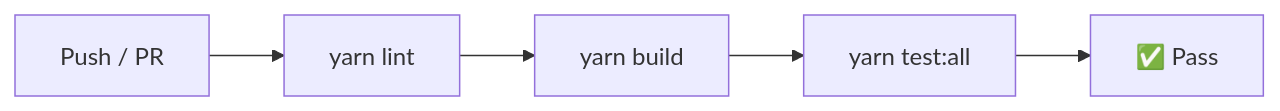
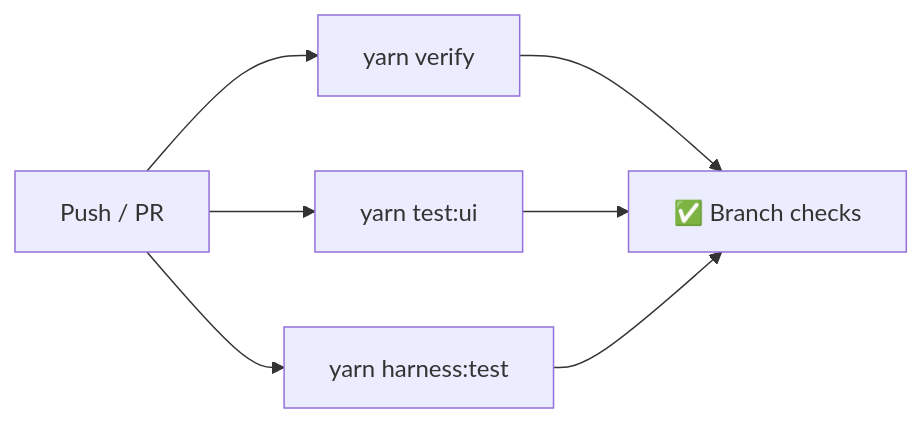
One commit to blendsdk/porta-identity changed the fourth of 5 diagrams in techdocs/architecture/infrastructure.md. Above: the diagram before and after it, drawn with Mermaid. The commit also changed other lines of this file and 4 other files, not shown here.

First line of the commit message:
docs(architecture): sync completed assurance design

````diff
--- a/techdocs/architecture/infrastructure.md
+++ b/techdocs/architecture/infrastructure.md
@@ -128,7 +134,9 @@
 ```mermaid
 graph LR
-    PUSH[Push / PR] --> LINT[yarn lint]
-    LINT --> BUILD[yarn build]
-    BUILD --> TEST[yarn test:all]
-    TEST --> VERIFY[✅ Pass]
+    PUSH[Push / PR] --> VERIFY[yarn verify]
+    PUSH --> UI[yarn test:ui]
+    PUSH --> HARNESS[yarn harness:test]
+    VERIFY --> PASS[✅ Branch checks]
+    UI --> PASS
+    HARNESS --> PASS
 ```
````
